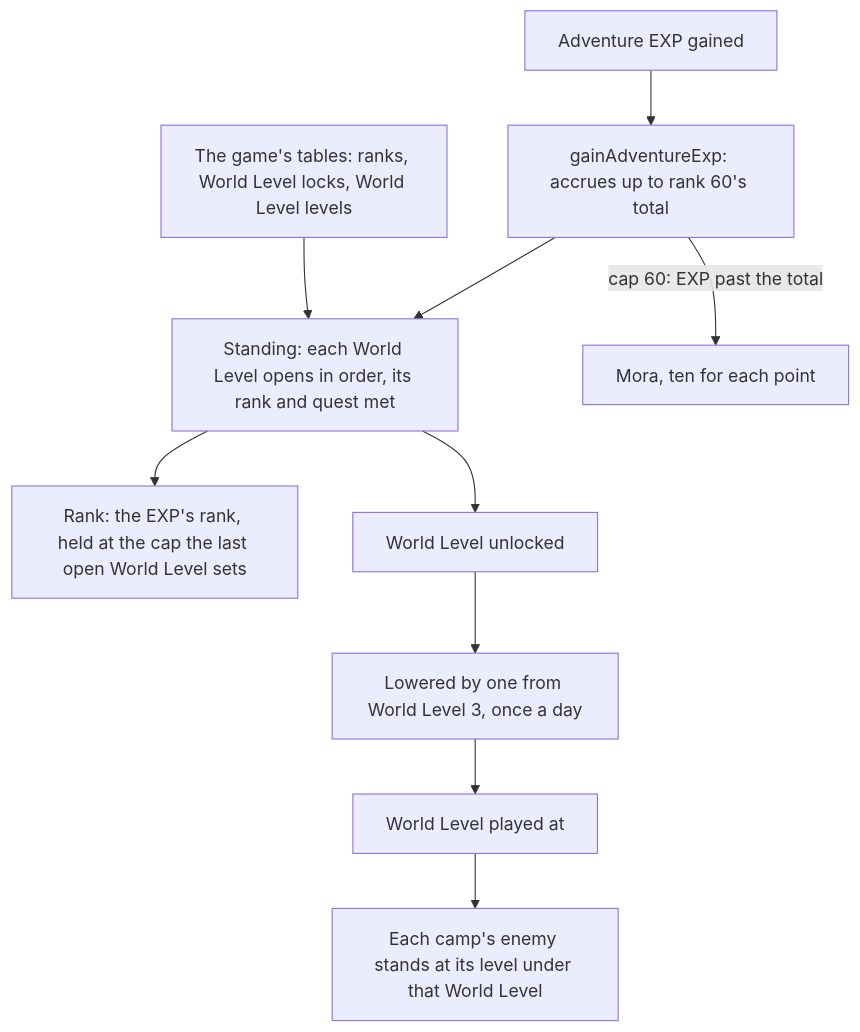
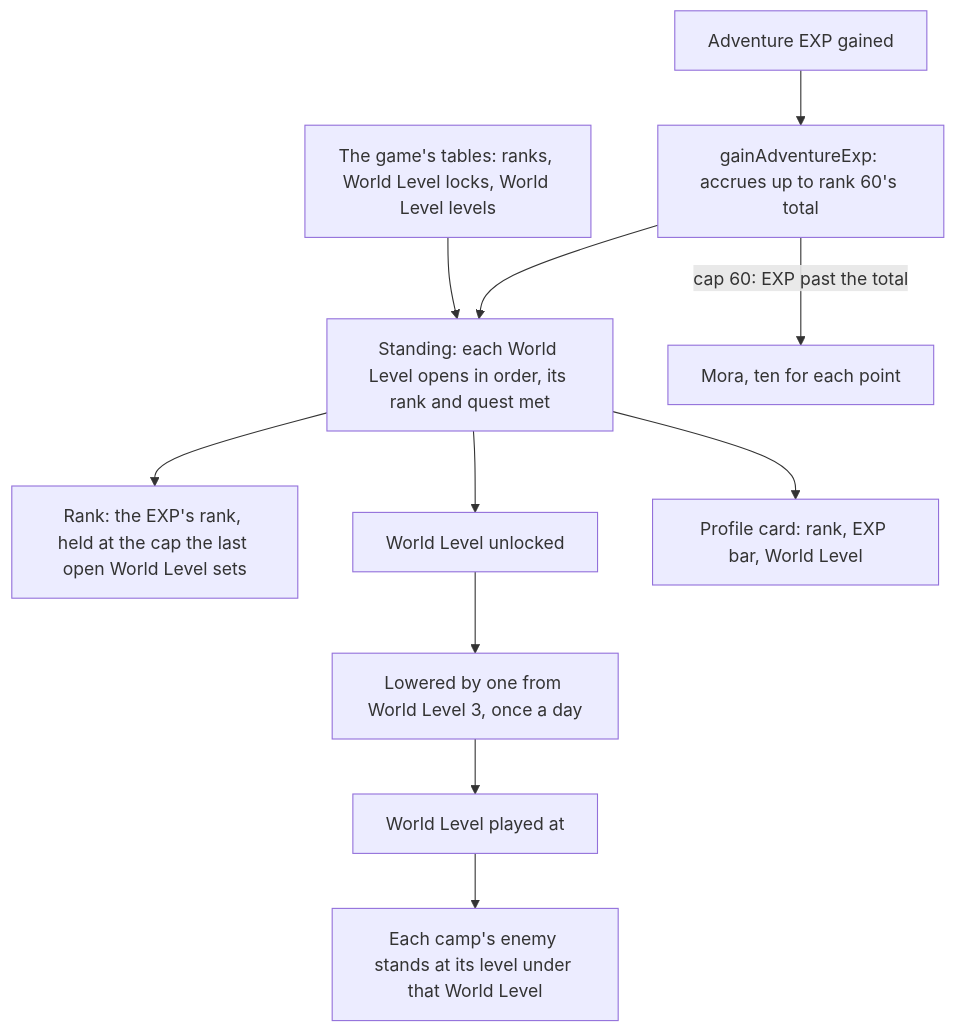
One commit to Esposter/Esposter changed the diagram in apps/web/content/docs/genshin/adventure-rank.md. Above: the diagram before and after it, drawn with Mermaid. The commit also changed other lines of this file and 5 other files, not shown here.

First line of the commit message:
feat(genshin-world): the Paimon menu's profile card draws the rank, the EXP's bar and the World Level from the standing, the card's lowering waiting on its tooltip's words

````diff
--- a/apps/web/content/docs/genshin/adventure-rank.md
+++ b/apps/web/content/docs/genshin/adventure-rank.md
@@ -12,12 +12,13 @@
 ```mermaid
 flowchart TD
   T["The game's tables: ranks, World Level locks, World Level levels"] --> ST["Standing: each World Level opens in order, its rank and quest met"]
   E["Adventure EXP gained"] --> G["gainAdventureExp: accrues up to rank 60's total"]
   G --> ST
   ST --> R["Rank: the EXP's rank, held at the cap the last open World Level sets"]
   ST --> WL["World Level unlocked"]
+  ST --> CARD["Profile card: rank, EXP bar, World Level"]
   WL --> L["Lowered by one from World Level 3, once a day"]
   L --> W["World Level played at"]
   W --> S["Each camp's enemy stands at its level under that World Level"]
   G -->|"cap 60: EXP past the total"| M["Mora, ten for each point"]
 ```
````
